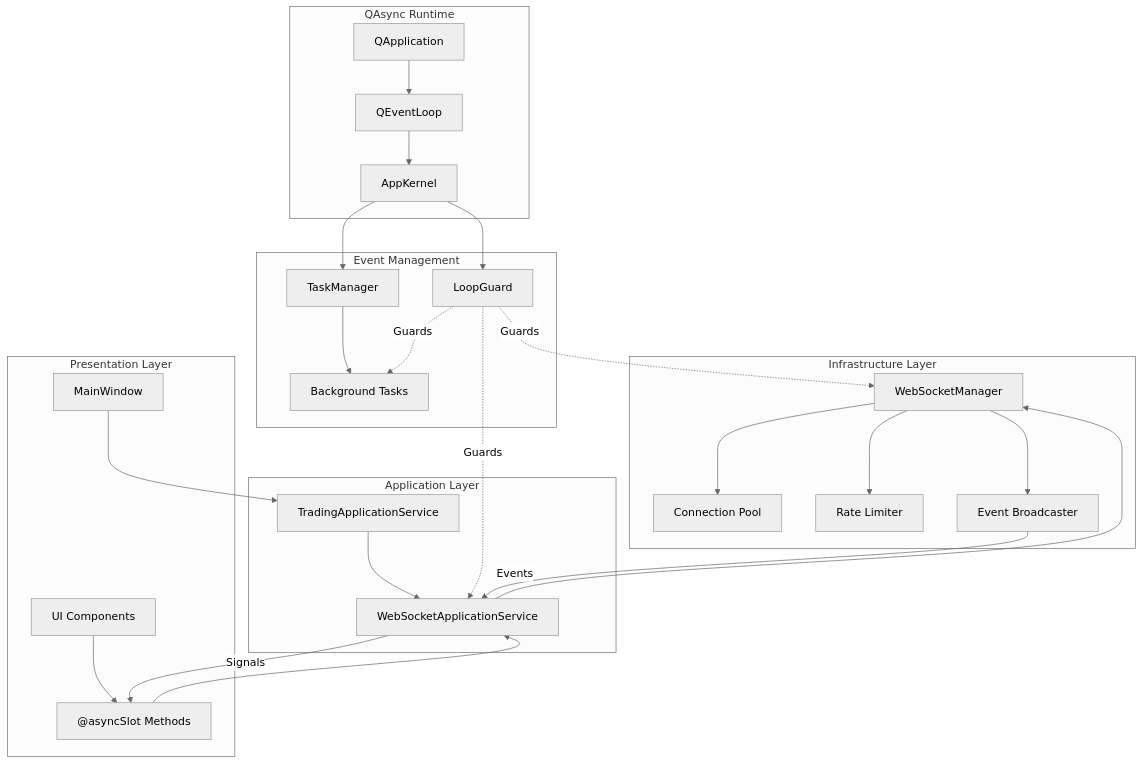
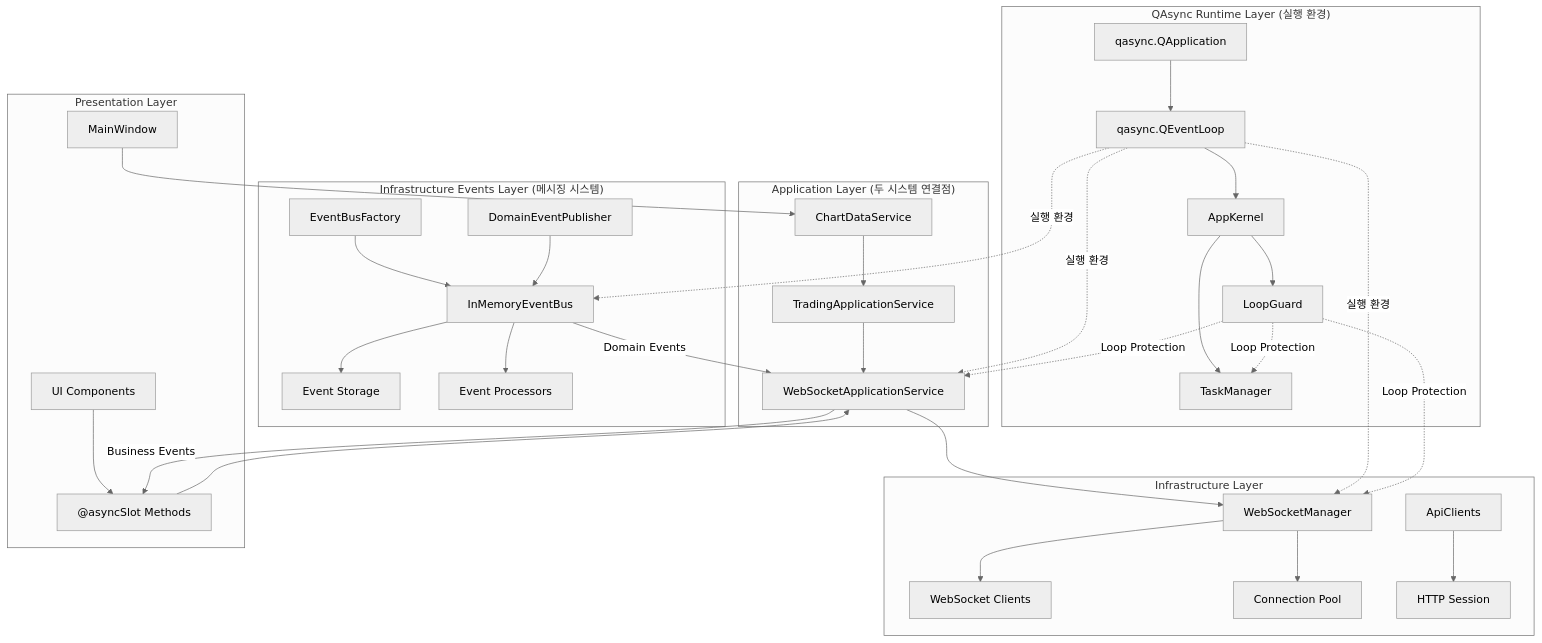
Before and after one commit to invisible0000/upbit-autotrader-vscode: the diagram in docs/QASYNC_EVENT_ARCHITECTURE.md, drawn with Mermaid (neutral theme). The commit also changed other lines of this file and 21 other files, not shown here.

````diff
--- a/docs/QASYNC_EVENT_ARCHITECTURE.md
+++ b/docs/QASYNC_EVENT_ARCHITECTURE.md
@@ -153,37 +240,48 @@
 ```mermaid
 graph TB
-    subgraph "QAsync Runtime"
-        A[QApplication] --> B[QEventLoop]
+    subgraph "QAsync Runtime Layer (실행 환경)"
+        A[qasync.QApplication] --> B[qasync.QEventLoop]
         B --> C[AppKernel]
+        C --> D[TaskManager]
+        C --> E[LoopGuard]
     end
 
-    subgraph "Event Management"
-        C --> D[TaskManager]
-        C --> E[LoopGuard]
-        D --> F[Background Tasks]
+    subgraph "Infrastructure Events Layer (메시징 시스템)"
+        F[EventBusFactory] --> G[InMemoryEventBus]
+        H[DomainEventPublisher] --> G
+        G --> I[Event Storage]
+        G --> J[Event Processors]
     end
 
     subgraph "Infrastructure Layer"
-        G[WebSocketManager] --> H[Connection Pool]
-        G --> I[Rate Limiter]
-        G --> J[Event Broadcaster]
+        K[WebSocketManager] --> L[WebSocket Clients]
+        K --> M[Connection Pool]
+        N[ApiClients] --> O[HTTP Session]
     end
 
-    subgraph "Application Layer"
-        K[WebSocketApplicationService] --> G
-        L[TradingApplicationService] --> K
+    subgraph "Application Layer (두 시스템 연결점)"
+        P[WebSocketApplicationService] --> K
+        Q[TradingApplicationService] --> P
+        R[ChartDataService] --> Q
     end
 
     subgraph "Presentation Layer"
-        M[MainWindow] --> L
-        N["@asyncSlot Methods"] --> K
-        O[UI Components] --> N
+        S[MainWindow] --> R
+        T["@asyncSlot Methods"] --> P
+        U[UI Components] --> T
     end
 
-    E -.->|Guards| F
-    E -.->|Guards| G
-    E -.->|Guards| K
+    %% QAsync는 실행 환경 제공
+    B -.->|실행 환경| G
+    B -.->|실행 환경| K
+    B -.->|실행 환경| P
 
-    J -->|Events| K
-    K -->|Signals| N
+    %% Infrastructure Events는 메시징 담당
+    G -->|Domain Events| P
+    P -->|Business Events| T
+
+    %% 보호 기능
+    E -.->|Loop Protection| D
+    E -.->|Loop Protection| K
+    E -.->|Loop Protection| P
 ```
````
